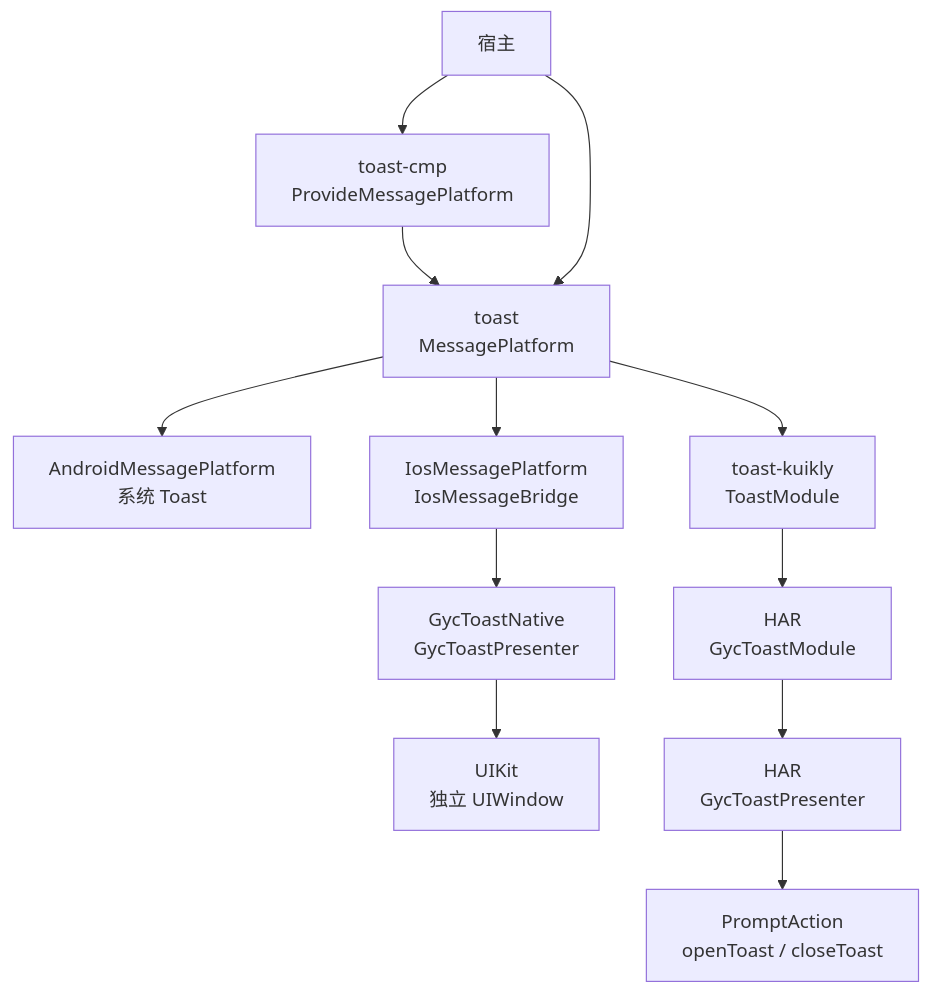
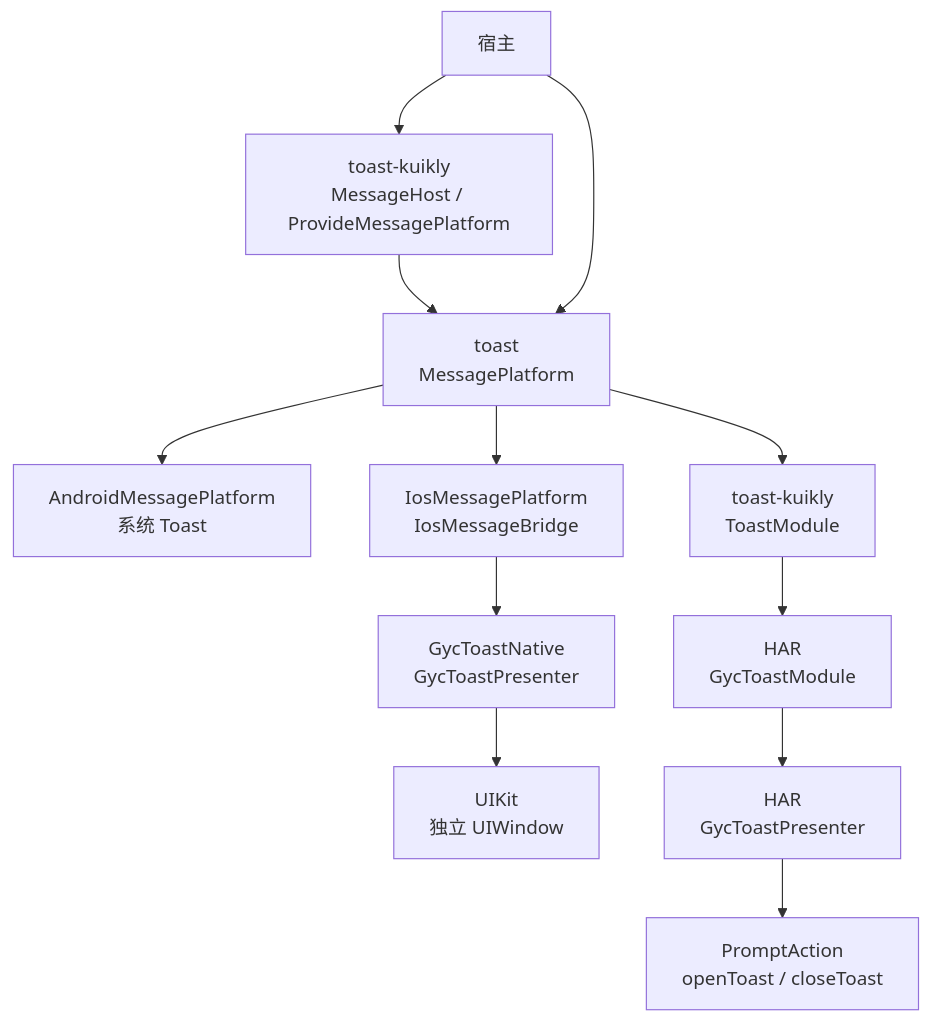
Before and after one commit to gycrosskit/toast: the first of 3 diagrams in README.md, drawn with Mermaid. The commit also changed other lines of this file and 28 other files, not shown here.

Commit message:
refactor(toast)!: remove standalone CMP product

````diff
--- a/README.md
+++ b/README.md
@@ -29,14 +25,14 @@
 ```mermaid
 flowchart TB
-    Host[宿主] --> CMP[toast-cmp<br/>ProvideMessagePlatform]
-    CMP --> Core[toast<br/>MessagePlatform]
+    Host[宿主] --> Overlay[toast-kuikly<br/>MessageHost / ProvideMessagePlatform]
+    Overlay --> Core[toast<br/>MessagePlatform]
     Host --> Core
     Core --> Android[AndroidMessagePlatform<br/>系统 Toast]
     Core --> IOS[IosMessagePlatform<br/>IosMessageBridge]
     IOS --> Swift[GycToastNative<br/>GycToastPresenter]
     Swift --> Window[UIKit<br/>独立 UIWindow]
     Core --> Module[toast-kuikly<br/>ToastModule]
     Module --> Native[HAR<br/>GycToastModule]
     Native --> Presenter[HAR<br/>GycToastPresenter]
     Presenter --> Prompt[PromptAction<br/>openToast / closeToast]
 ```
````
